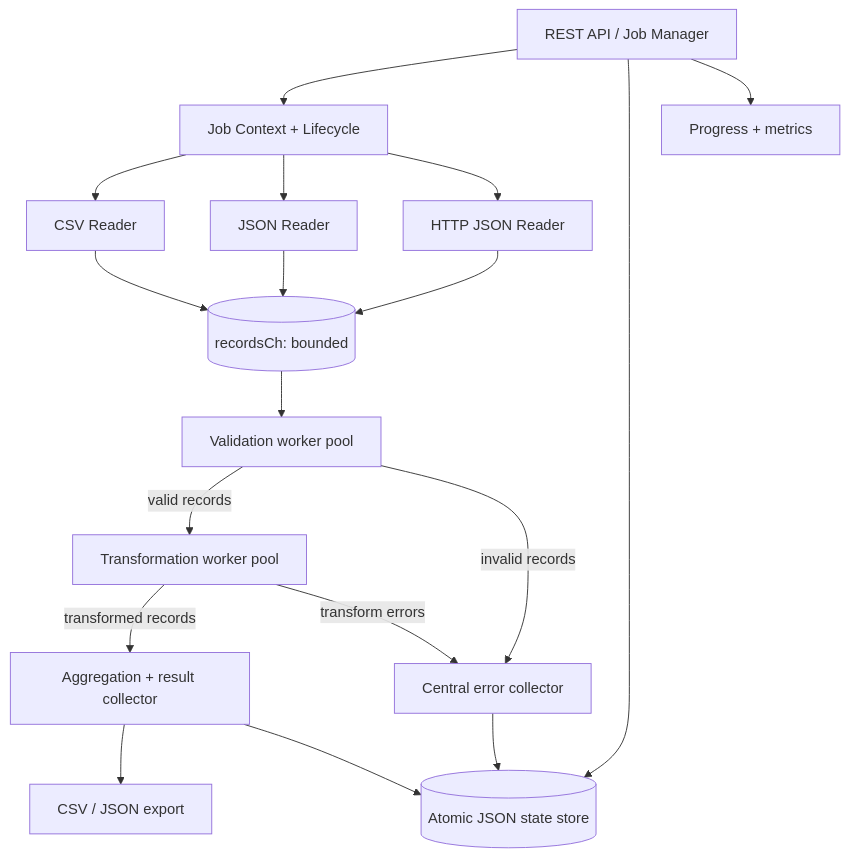
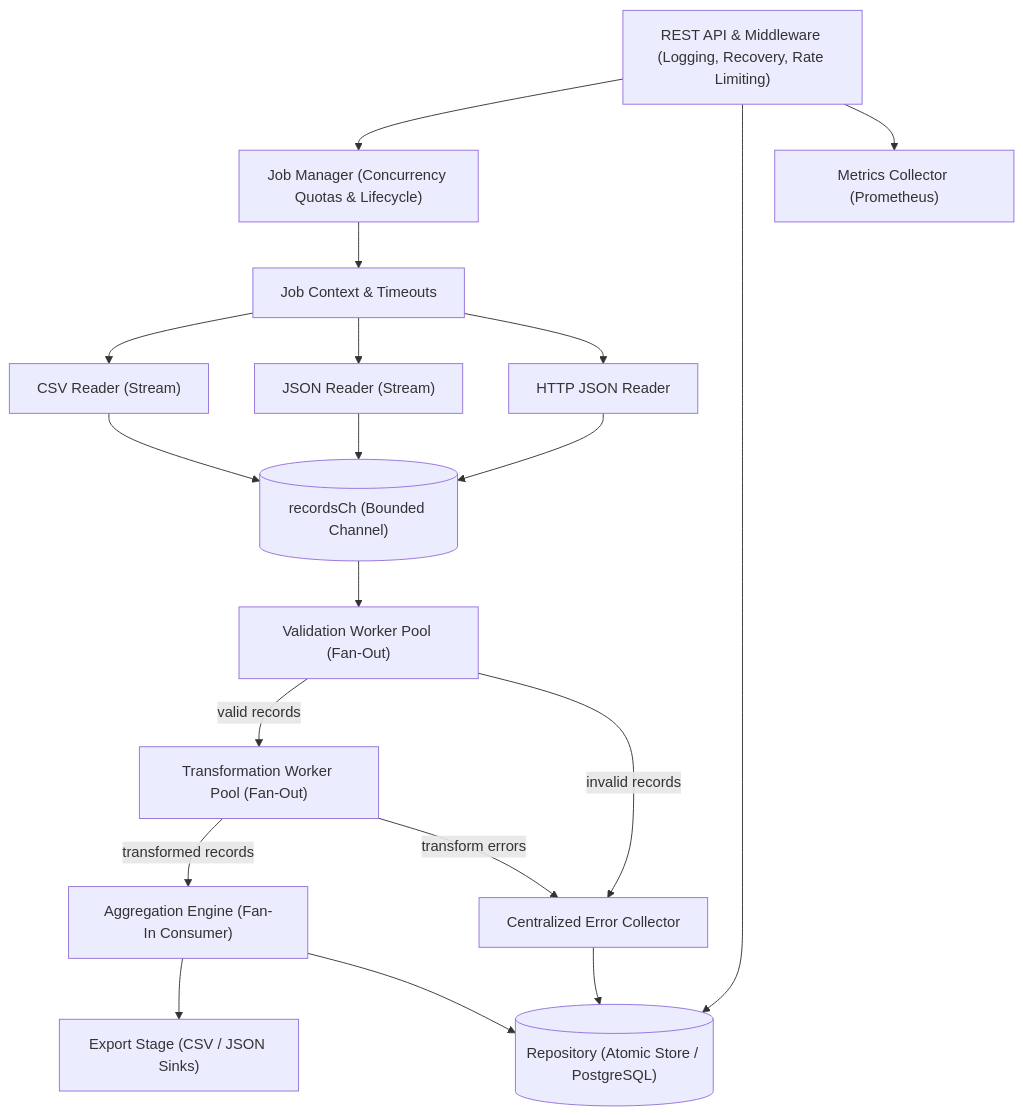
Before and after one commit to anandmindfire/Data_Processing_Pipeline: the diagram in README.md, drawn with Mermaid. The commit also changed other lines of this file and 42 other files, not shown here.

Commit message:
feat: restructure into modular architecture and add production middleware

````diff
--- a/README.md
+++ b/README.md
@@ -20,20 +21,21 @@
 ```mermaid
 flowchart TD
-  API[REST API / Job Manager] --> CTX[Job Context + Lifecycle]
-  CTX --> S1[CSV Reader]
-  CTX --> S2[JSON Reader]
-  CTX --> S3[HTTP JSON Reader]
-  S1 --> R[(recordsCh: bounded)]
+  API["REST API & Middleware (Logging, Recovery, Rate Limiting)"] --> MGR["Job Manager (Concurrency Quotas & Lifecycle)"]
+  MGR --> CTX["Job Context & Timeouts"]
+  CTX --> S1["CSV Reader (Stream)"]
+  CTX --> S2["JSON Reader (Stream)"]
+  CTX --> S3["HTTP JSON Reader"]
+  S1 --> R[("recordsCh (Bounded Channel)")]
   S2 --> R
   S3 --> R
-  R --> V[Validation worker pool]
-  V -->|valid records| T[Transformation worker pool]
-  V -->|invalid records| E[Central error collector]
-  T -->|transformed records| A[Aggregation + result collector]
-  T -->|transform errors| E
-  A --> X[CSV / JSON export]
-  A --> DB[(Atomic JSON state store)]
-  E --> DB
-  API --> DB
-  API --> M[Progress + metrics]
+  R --> V["Validation Worker Pool (Fan-Out)"]
+  V -->|"valid records"| T["Transformation Worker Pool (Fan-Out)"]
+  V -->|"invalid records"| E["Centralized Error Collector"]
+  T -->|"transformed records"| A["Aggregation Engine (Fan-In Consumer)"]
+  T -->|"transform errors"| E
+  A --> X["Export Stage (CSV / JSON Sinks)"]
+  A --> REPO[("Repository (Atomic Store / PostgreSQL)")]
+  E --> REPO
+  API --> REPO
+  API --> MET["Metrics Collector (Prometheus)"]
 ```
````
